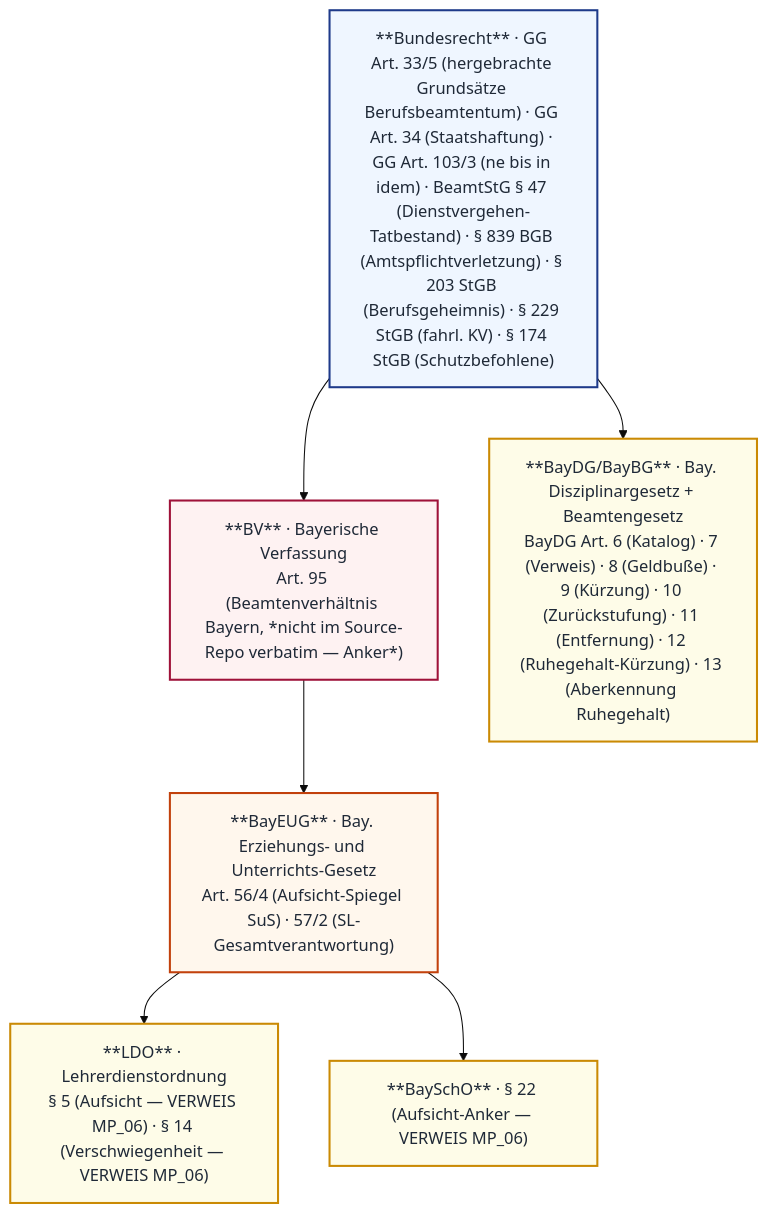
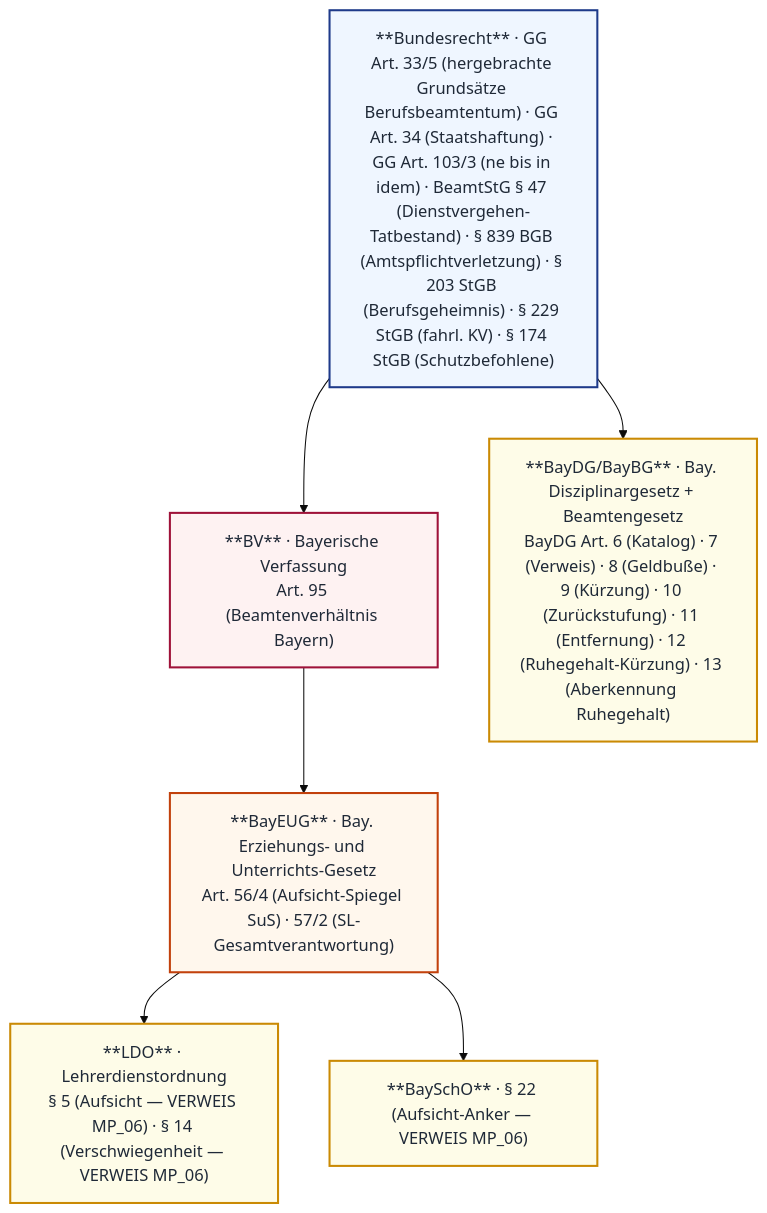
The first of 2 diagrams in _mkdocs/docs/mp07/index.md (snflsknfkldnfs/weitergehts-online), drawn with Mermaid (base theme) before and after one commit. The commit also changed other lines of this file and 27 other files, not shown here.

````diff
--- a/_mkdocs/docs/mp07/index.md
+++ b/_mkdocs/docs/mp07/index.md
@@ -13,20 +13,20 @@
 ```mermaid
 flowchart TB
-    BV["**BV** · Bayerische Verfassung<br/>Art. 95 (Beamtenverhältnis Bayern, *nicht im Source-Repo verbatim — Anker*)"]:::bv
-    BAY["**BayEUG** · Bay. Erziehungs- und Unterrichts-Gesetz<br/>Art. 56/4 (Aufsicht-Spiegel SuS) · 57/2 (SL-Gesamtverantwortung)"]:::bay
-    BUND["**Bundesrecht** · GG Art. 33/5 (hergebrachte Grundsätze Berufsbeamtentum) · GG Art. 34 (Staatshaftung) · GG Art. 103/3 (ne bis in idem) · BeamtStG § 47 (Dienstvergehen-Tatbestand) · § 839 BGB (Amtspflichtverletzung) · § 203 StGB (Berufsgeheimnis) · § 229 StGB (fahrl. KV) · § 174 StGB (Schutzbefohlene)"]:::bund
-    LDO["**LDO** · Lehrerdienstordnung<br/>§ 5 (Aufsicht — VERWEIS MP_06) · § 14 (Verschwiegenheit — VERWEIS MP_06)"]:::vo
-    BAYDG["**BayDG/BayBG** · Bay. Disziplinargesetz + Beamtengesetz<br/>BayDG Art. 6 (Katalog) · 7 (Verweis) · 8 (Geldbuße) · 9 (Kürzung) · 10 (Zurückstufung) · 11 (Entfernung) · 12 (Ruhegehalt-Kürzung) · 13 (Aberkennung Ruhegehalt)"]:::vo
-    SCHO["**BaySchO** · § 22 (Aufsicht-Anker — VERWEIS MP_06)"]:::vo
+ BV["**BV** · Bayerische Verfassung<br/>Art. 95 (Beamtenverhältnis Bayern)"]:::bv
+ BAY["**BayEUG** · Bay. Erziehungs- und Unterrichts-Gesetz<br/>Art. 56/4 (Aufsicht-Spiegel SuS) · 57/2 (SL-Gesamtverantwortung)"]:::bay
+ BUND["**Bundesrecht** · GG Art. 33/5 (hergebrachte Grundsätze Berufsbeamtentum) · GG Art. 34 (Staatshaftung) · GG Art. 103/3 (ne bis in idem) · BeamtStG § 47 (Dienstvergehen-Tatbestand) · § 839 BGB (Amtspflichtverletzung) · § 203 StGB (Berufsgeheimnis) · § 229 StGB (fahrl. KV) · § 174 StGB (Schutzbefohlene)"]:::bund
+ LDO["**LDO** · Lehrerdienstordnung<br/>§ 5 (Aufsicht — VERWEIS MP_06) · § 14 (Verschwiegenheit — VERWEIS MP_06)"]:::vo
+ BAYDG["**BayDG/BayBG** · Bay. Disziplinargesetz + Beamtengesetz<br/>BayDG Art. 6 (Katalog) · 7 (Verweis) · 8 (Geldbuße) · 9 (Kürzung) · 10 (Zurückstufung) · 11 (Entfernung) · 12 (Ruhegehalt-Kürzung) · 13 (Aberkennung Ruhegehalt)"]:::vo
+ SCHO["**BaySchO** · § 22 (Aufsicht-Anker — VERWEIS MP_06)"]:::vo
 
-    BUND --> BV
-    BV --> BAY
-    BAY --> LDO
-    BAY --> SCHO
-    BUND --> BAYDG
+ BUND --> BV
+ BV --> BAY
+ BAY --> LDO
+ BAY --> SCHO
+ BUND --> BAYDG
 
-    classDef bv fill:#fef2f2,stroke:#9f1239,stroke-width:2px,color:#1f2937
-    classDef bay fill:#fff7ed,stroke:#c2410c,stroke-width:2px,color:#1f2937
-    classDef vo fill:#fefce8,stroke:#ca8a04,stroke-width:2px,color:#1f2937
-    classDef bund fill:#eff6ff,stroke:#1e3a8a,stroke-width:2px,color:#1f2937
+ classDef bv fill:#fef2f2,stroke:#9f1239,stroke-width:2px,color:#1f2937
+ classDef bay fill:#fff7ed,stroke:#c2410c,stroke-width:2px,color:#1f2937
+ classDef vo fill:#fefce8,stroke:#ca8a04,stroke-width:2px,color:#1f2937
+ classDef bund fill:#eff6ff,stroke:#1e3a8a,stroke-width:2px,color:#1f2937
 ```
````
